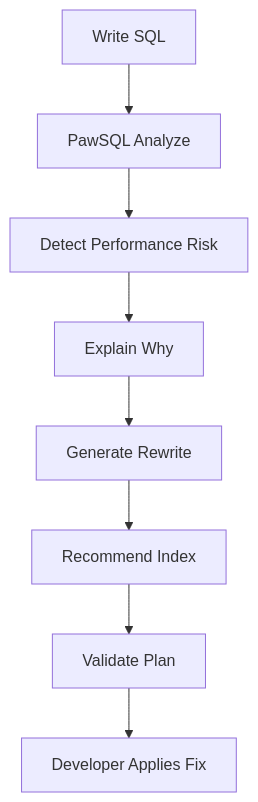
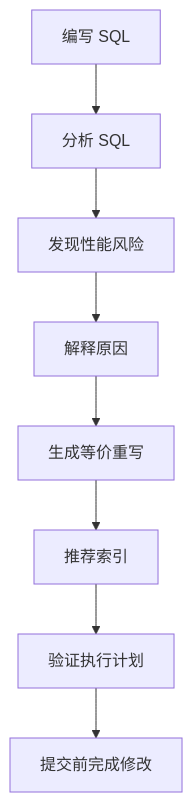
Before and after one commit to PawSQL/pawsql-docs-mantlify: the first of 2 diagrams in docs/use-cases/developer-sql-copilot.mdx, drawn with Mermaid. The commit also changed other lines of this file and 82 other files, not shown here.

````diff
--- a/docs/use-cases/developer-sql-copilot.mdx
+++ b/docs/use-cases/developer-sql-copilot.mdx
@@ -145,10 +55,10 @@
 ```mermaid
 flowchart TD
-    A[Write SQL] --> B[PawSQL Analyze]
-    B --> C[Detect Performance Risk]
-    C --> D[Explain Why]
-    D --> E[Generate Rewrite]
-    E --> F[Recommend Index]
-    F --> G[Validate Plan]
-    G --> H[Developer Applies Fix]
+    A[编写 SQL] --> B[分析 SQL]
+    B --> C[发现性能风险]
+    C --> D[解释原因]
+    D --> E[生成等价重写]
+    E --> F[推荐索引]
+    F --> G[验证执行计划]
+    G --> H[提交前完成修改]
 ```
````
